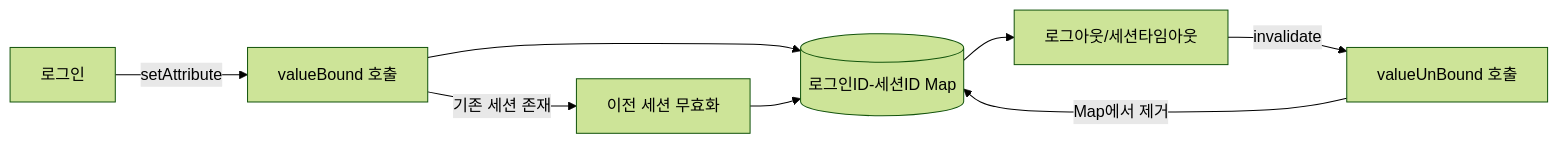
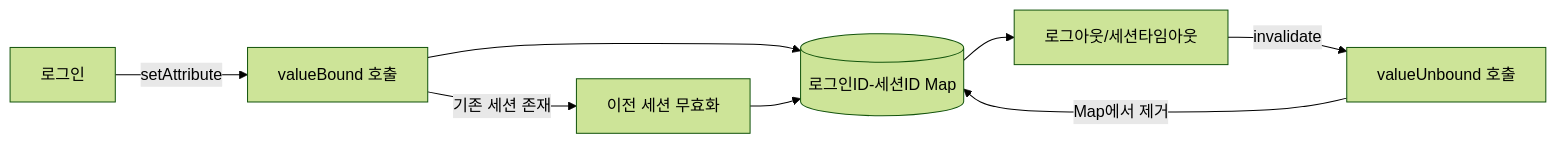
Before and after one commit to eGovFramework/egovframe-docs: the diagram in common-component/elementary-technology/multilogin.md, drawn with Mermaid (forest theme). The commit also changed other lines of this file, not shown here.

````diff
--- a/common-component/elementary-technology/multilogin.md
+++ b/common-component/elementary-technology/multilogin.md
@@ -36,10 +36,10 @@
 ```mermaid
 flowchart LR
     L[로그인] -->|setAttribute| B[valueBound 호출]
     B -->|기존 세션 존재| I[이전 세션 무효화]
     B --> M[(로그인ID-세션ID Map)]
     I --> M
     M --> O[로그아웃/세션타임아웃]
-    O -->|invalidate| U[valueUnBound 호출]
+    O -->|invalidate| U[valueUnbound 호출]
     U -->|Map에서 제거| M
 ```
````
